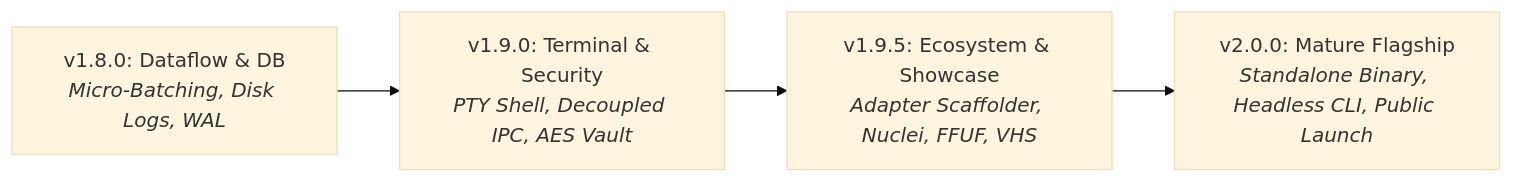
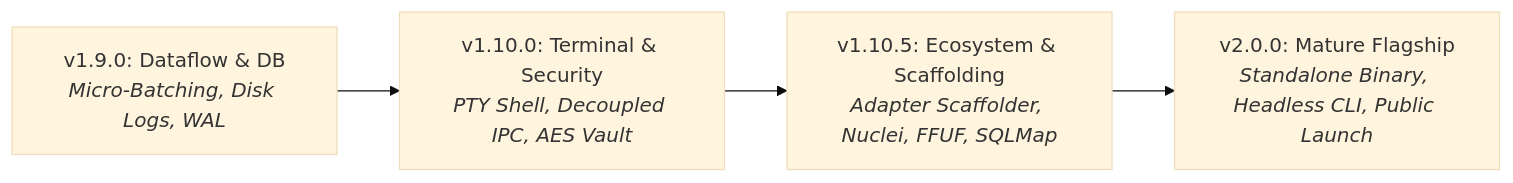
One commit to h45sh/cyguide changed the first of 4 diagrams in docs/developer/V2_PLATFORM_SPECIFICATION.md. Above: the diagram before and after it, drawn with Mermaid (base theme). The commit also changed other lines of this file and 1 other file, not shown here.

Commit message:
docs: record v1.8.0 release and shift future roadmap milestones

````diff
--- a/docs/developer/V2_PLATFORM_SPECIFICATION.md
+++ b/docs/developer/V2_PLATFORM_SPECIFICATION.md
@@ -13,6 +13,6 @@
 ```mermaid
 flowchart LR
-    M1["v1.8.0: Dataflow & DB<br><i>Micro-Batching, Disk Logs, WAL</i>"] --> M2["v1.9.0: Terminal & Security<br><i>PTY Shell, Decoupled IPC, AES Vault</i>"]
-    M2 --> M3["v1.9.5: Ecosystem & Showcase<br><i>Adapter Scaffolder, Nuclei, FFUF, VHS</i>"]
+    M1["v1.9.0: Dataflow & DB<br><i>Micro-Batching, Disk Logs, WAL</i>"] --> M2["v1.10.0: Terminal & Security<br><i>PTY Shell, Decoupled IPC, AES Vault</i>"]
+    M2 --> M3["v1.10.5: Ecosystem & Scaffolding<br><i>Adapter Scaffolder, Nuclei, FFUF, SQLMap</i>"]
     M3 --> M4["v2.0.0: Mature Flagship<br><i>Standalone Binary, Headless CLI, Public Launch</i>"]
 ```
````
